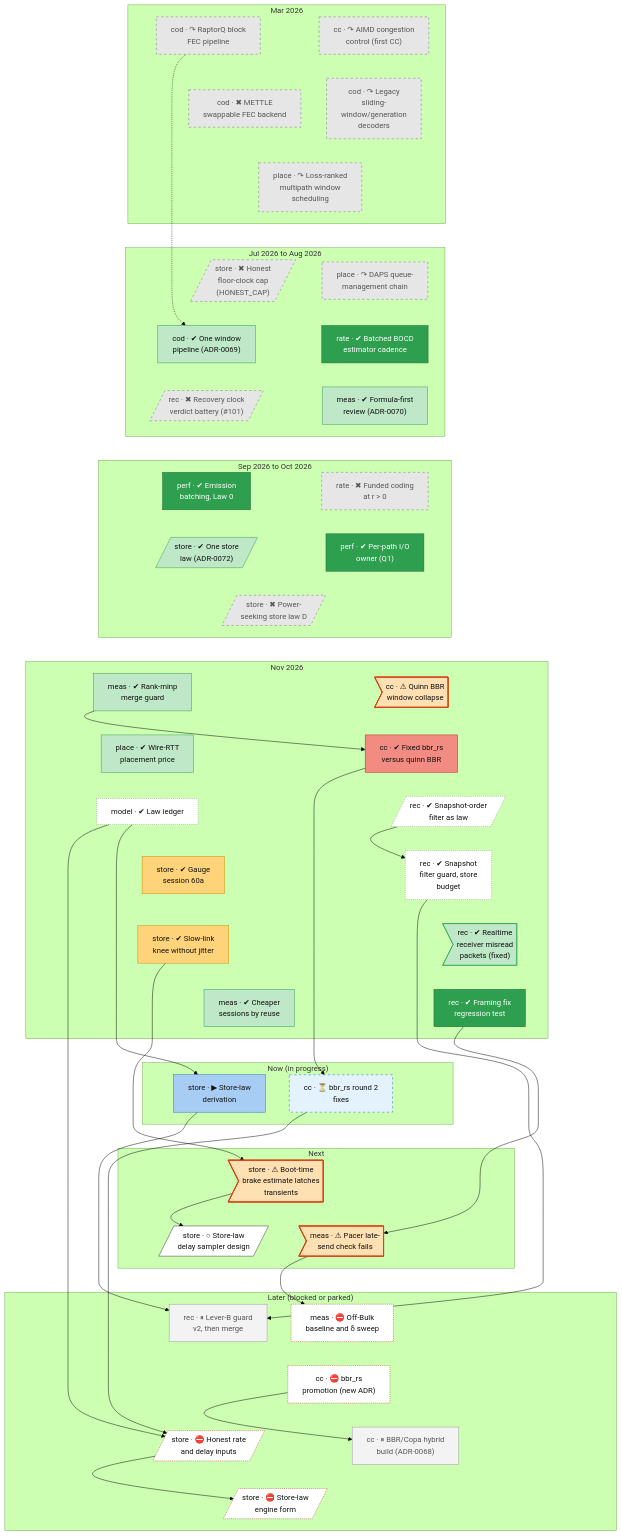
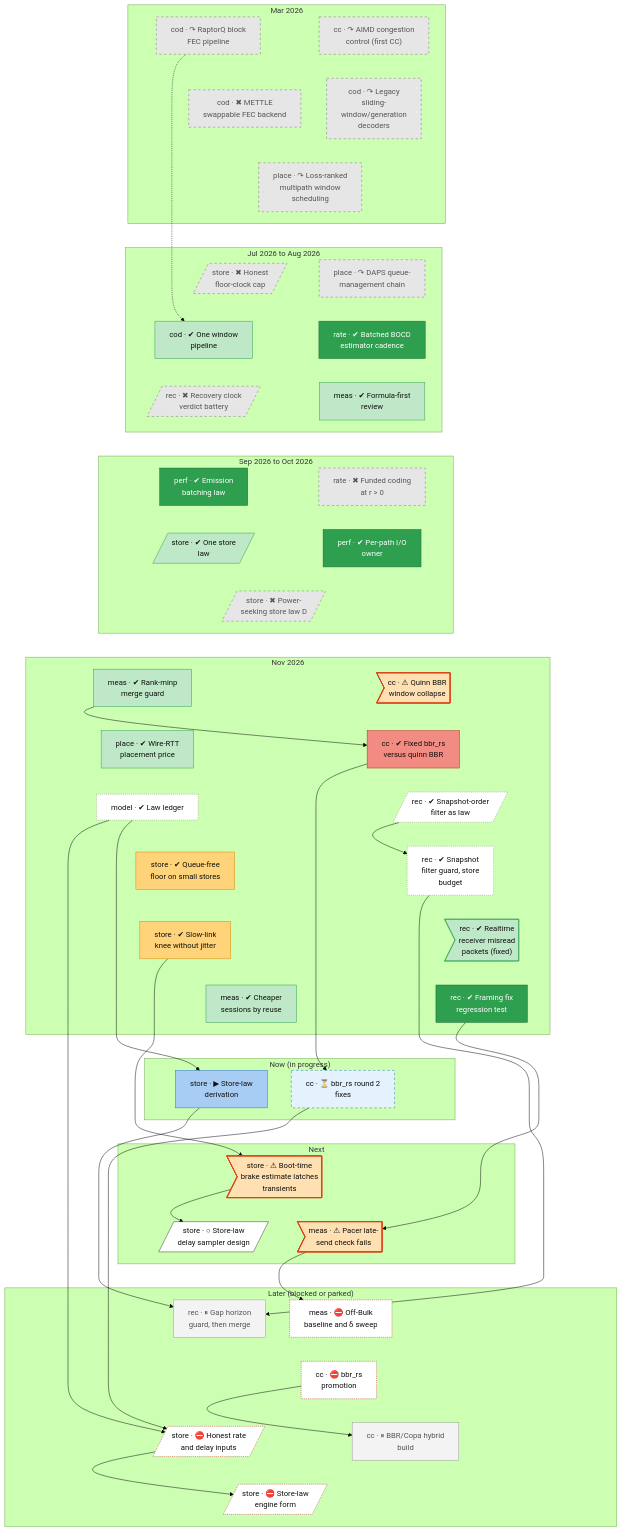
The second of 2 diagrams in docs/roadmap.md (lhns/raptorpath), drawn with Mermaid (forest theme) before and after one commit. The commit also changed other lines of this file and 13 other files, not shown here.

First line of the commit message:
roadmap: titles without internal codes - no ADR numbers, arm and gate names, test-cell names, plan, lever or phase letters; a removed code with no other record is kept in notes

```diff
--- a/docs/roadmap.md
+++ b/docs/roadmap.md
@@ -106,17 +106,17 @@
     end
     subgraph bd_1["Jul 2026 to Aug 2026"]
         place_daps["place · ↷ DAPS queue-<br/>management chain"]
-        store_honest_cap_family[/"store · ✖ Honest<br/>floor-clock cap<br/>(HONEST_CAP)"/]
+        store_honest_cap_family[/"store · ✖ Honest<br/>floor-clock cap"/]
         rate_est_cadence["rate · ✔ Batched BOCD<br/>estimator cadence"]
-        cod_one_pipeline["cod · ✔ One window<br/>pipeline (ADR-0069)"]
-        meas_formula_first["meas · ✔ Formula-first<br/>review (ADR-0070)"]
-        rec_goal101[/"rec · ✖ Recovery clock<br/>verdict battery (#35;101)"/]
+        cod_one_pipeline["cod · ✔ One window<br/>pipeline"]
+        meas_formula_first["meas · ✔ Formula-first<br/>review"]
+        rec_goal101[/"rec · ✖ Recovery clock<br/>verdict battery"/]
     end
     subgraph bd_2["Sep 2026 to Oct 2026"]
         rate_r_battery["rate · ✖ Funded coding<br/>at r #gt; 0"]
-        perf_emit_batch_law0["perf · ✔ Emission<br/>batching, Law 0"]
-        perf_io_owner["perf · ✔ Per-path I/O<br/>owner (Q1)"]
-        store_adr72_one_law[/"store · ✔ One store<br/>law (ADR-0072)"/]
+        perf_emit_batch_law0["perf · ✔ Emission<br/>batching law"]
+        perf_io_owner["perf · ✔ Per-path I/O<br/>owner"]
+        store_adr72_one_law[/"store · ✔ One store<br/>law"/]
         store_power_law[/"store · ✖ Power-<br/>seeking store law D"/]
     end
     subgraph bd_3["Nov 2026"]
@@ -127,7 +127,7 @@
         rec_snapver_law[/"rec · ✔ Snapshot-order<br/>filter as law"/]
         model_law_ledger["model · ✔ Law ledger"]
         rec_s54_session["rec · ✔ Snapshot<br/>filter guard, store<br/>budget"]
-        store_s60a["store · ✔ Gauge<br/>session 60a"]
+        store_s60a["store · ✔ Queue-free<br/>floor on small stores"]
         rec_defect_realtime_framing>"rec · ✔ Realtime<br/>receiver misread<br/>packets (fixed)"]
         store_s62_j0["store · ✔ Slow-link<br/>knee without jitter"]
         rec_f2_merge_guard["rec · ✔ Framing fix<br/>regression test"]
@@ -143,10 +143,10 @@
         meas_blocke_pacing_gate>"meas · ⚠ Pacer late-<br/>send check fails"]
     end
     subgraph bd_6["Later (blocked or parked)"]
-        rec_leverb_guard["rec · ⏸ Lever-B guard<br/>v2, then merge"]
+        rec_leverb_guard["rec · ⏸ Gap horizon<br/>guard, then merge"]
         meas_s51_session["meas · ⛔ Off-Bulk<br/>baseline and δ sweep"]
-        cc_bbrrs_promote["cc · ⛔ bbr_rs<br/>promotion (new ADR)"]
-        cc_hybrid["cc · ⏸ BBR/Copa hybrid<br/>build (ADR-0068)"]
+        cc_bbrrs_promote["cc · ⛔ bbr_rs<br/>promotion"]
+        cc_hybrid["cc · ⏸ BBR/Copa hybrid<br/>build"]
         store_fix_maxbw_minrtt[/"store · ⛔ Honest rate<br/>and delay inputs"/]
         store_engine_form_impl[/"store · ⛔ Store-law<br/>engine form"/]
     end
```
